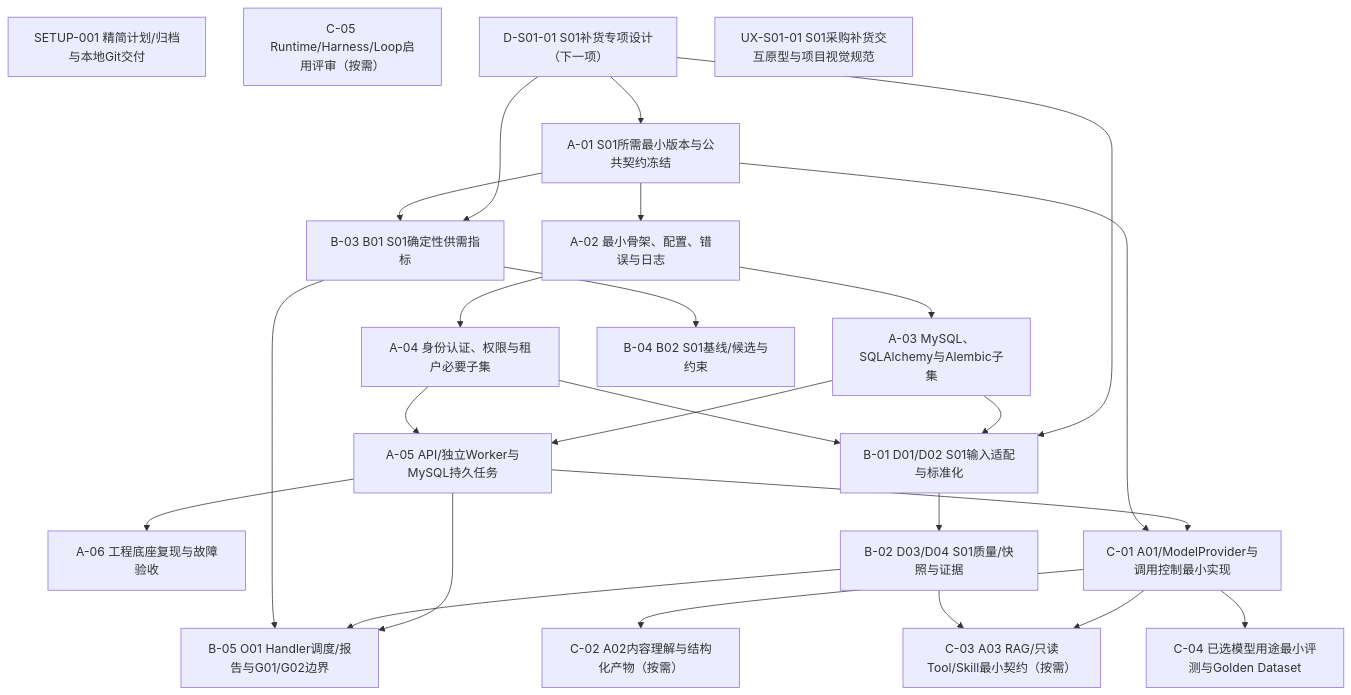
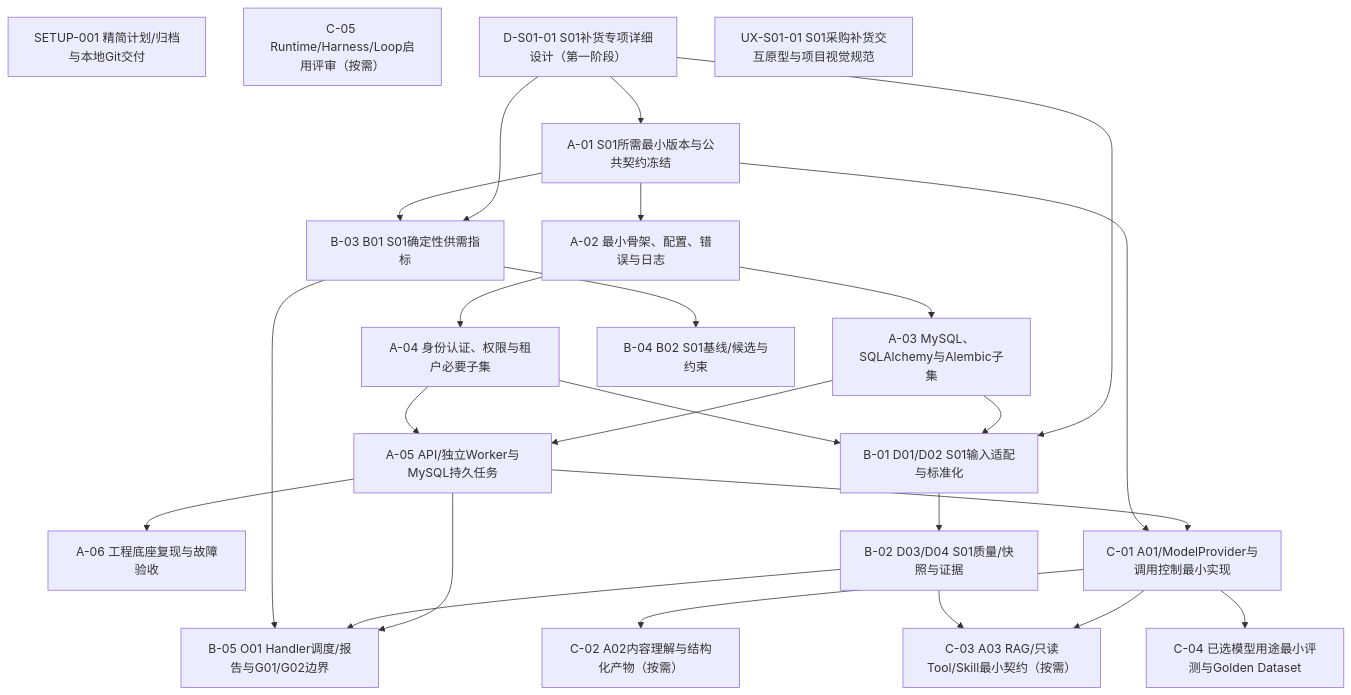
One commit to yujie-213/cross-border-ecommerce-ai-platform changed the diagram in docs/generated/DEPENDENCIES.mmd. Above: the diagram before and after it, drawn with Mermaid. The commit also changed 6 other files, not shown here.

```diff
--- a/docs/generated/DEPENDENCIES.mmd
+++ b/docs/generated/DEPENDENCIES.mmd
@@ -1,44 +1,44 @@
-%% TASKS sourceSha256=db951af7884e5207e14f81b34a87844e736dbca65751e11944127ccacc467964
+%% TASKS sourceSha256=d984f1d1abdc4174960e82465fc4c8403665fc89ed82ce57490ee6c4cd69adcd
 flowchart TB
   SETUP_001["SETUP-001 精简计划/归档与本地Git交付"]
   A_01["A-01 S01所需最小版本与公共契约冻结"]
   A_02["A-02 最小骨架、配置、错误与日志"]
   A_03["A-03 MySQL、SQLAlchemy与Alembic子集"]
   A_04["A-04 身份认证、权限与租户必要子集"]
   A_05["A-05 API/独立Worker与MySQL持久任务"]
   A_06["A-06 工程底座复现与故障验收"]
   B_01["B-01 D01/D02 S01输入适配与标准化"]
   B_02["B-02 D03/D04 S01质量/快照与证据"]
   B_03["B-03 B01 S01确定性供需指标"]
   B_04["B-04 B02 S01基线/候选与约束"]
   B_05["B-05 O01 Handler调度/报告与G01/G02边界"]
   C_01["C-01 A01/ModelProvider与调用控制最小实现"]
   C_02["C-02 A02内容理解与结构化产物（按需）"]
   C_03["C-03 A03 RAG/只读Tool/Skill最小契约（按需）"]
   C_04["C-04 已选模型用途最小评测与Golden Dataset"]
   C_05["C-05 Runtime/Harness/Loop启用评审（按需）"]
-  D_S01_01["D-S01-01 S01补货专项设计（下一项）"]
+  D_S01_01["D-S01-01 S01补货专项详细设计（第一阶段）"]
   UX_S01_01["UX-S01-01 S01采购补货交互原型与项目视觉规范"]
   D_S01_01 --> A_01
   A_01 --> A_02
   A_02 --> A_03
   A_02 --> A_04
   A_03 --> A_05
   A_04 --> A_05
   A_05 --> A_06
   D_S01_01 --> B_01
   A_03 --> B_01
   A_04 --> B_01
   B_01 --> B_02
   D_S01_01 --> B_03
   A_01 --> B_03
   B_03 --> B_04
   A_05 --> B_05
   B_02 --> B_05
   B_03 --> B_05
   A_05 --> C_01
   A_01 --> C_01
   C_01 --> C_02
   C_01 --> C_03
   B_02 --> C_03
   C_01 --> C_04
```
